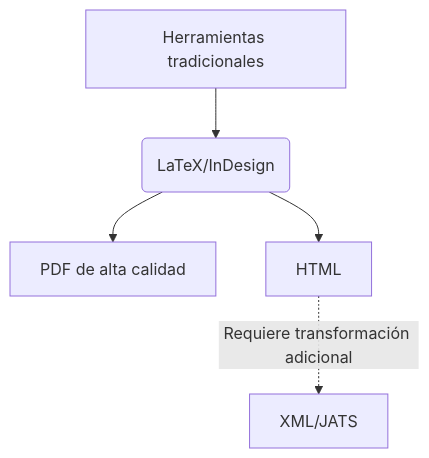
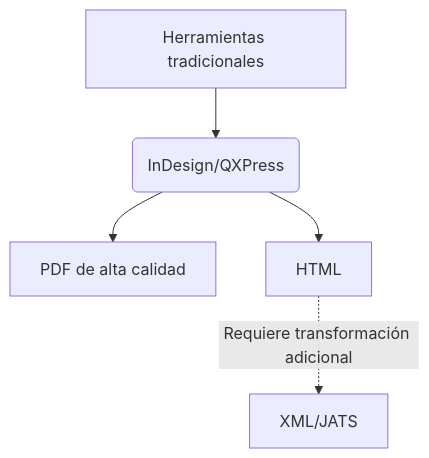
One commit to albertomoyano/seminarioUBA2025 changed the first of 2 diagrams in documentos/27_edicioncientifica.md. Above: the diagram before and after it, drawn with Mermaid. The commit also changed other lines of this file, not shown here.

````diff
--- a/documentos/27_edicioncientifica.md
+++ b/documentos/27_edicioncientifica.md
@@ -33,6 +33,6 @@
 ```mermaid  
 graph TD  
-    A[Herramientas tradicionales] --> B(LaTeX/InDesign)  
+    A[Herramientas tradicionales] --> B(InDesign/QXPress)  
     B --> C[PDF de alta calidad]  
     B --> D[HTML] -.Requiere transformación adicional.-> E[XML/JATS]  
 ```  
````
